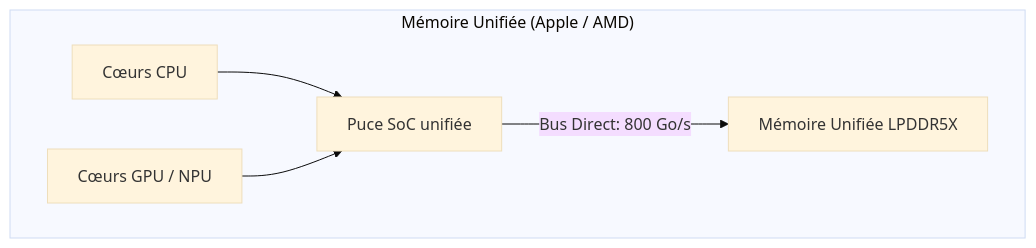
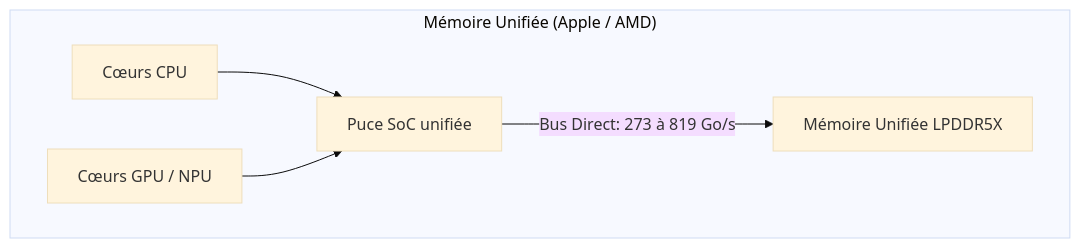
Before and after one commit to DamienBecherini/ia-on-prem-vault: the second of 2 diagrams in 01-fondations/memoire-unifiee-vs-ram-vs-vram.md, drawn with Mermaid (base theme). The commit also changed other lines of this file and 31 other files, not shown here.

````diff
--- a/01-fondations/memoire-unifiee-vs-ram-vs-vram.md
+++ b/01-fondations/memoire-unifiee-vs-ram-vs-vram.md
@@ -25,8 +25,8 @@
 ```mermaid
 graph TD
     subgraph "Mémoire Unifiée (Apple / AMD)"
-        SOC[Puce SoC unifiée] -->|Bus Direct: 800 Go/s| UMEM[Mémoire Unifiée LPDDR5X]
+        SOC[Puce SoC unifiée] -->|Bus Direct: 273 à 819 Go/s| UMEM[Mémoire Unifiée LPDDR5X]
         SOC_CPU[Cœurs CPU] --> SOC
         SOC_GPU[Cœurs GPU / NPU] --> SOC
     end
 ```
````
